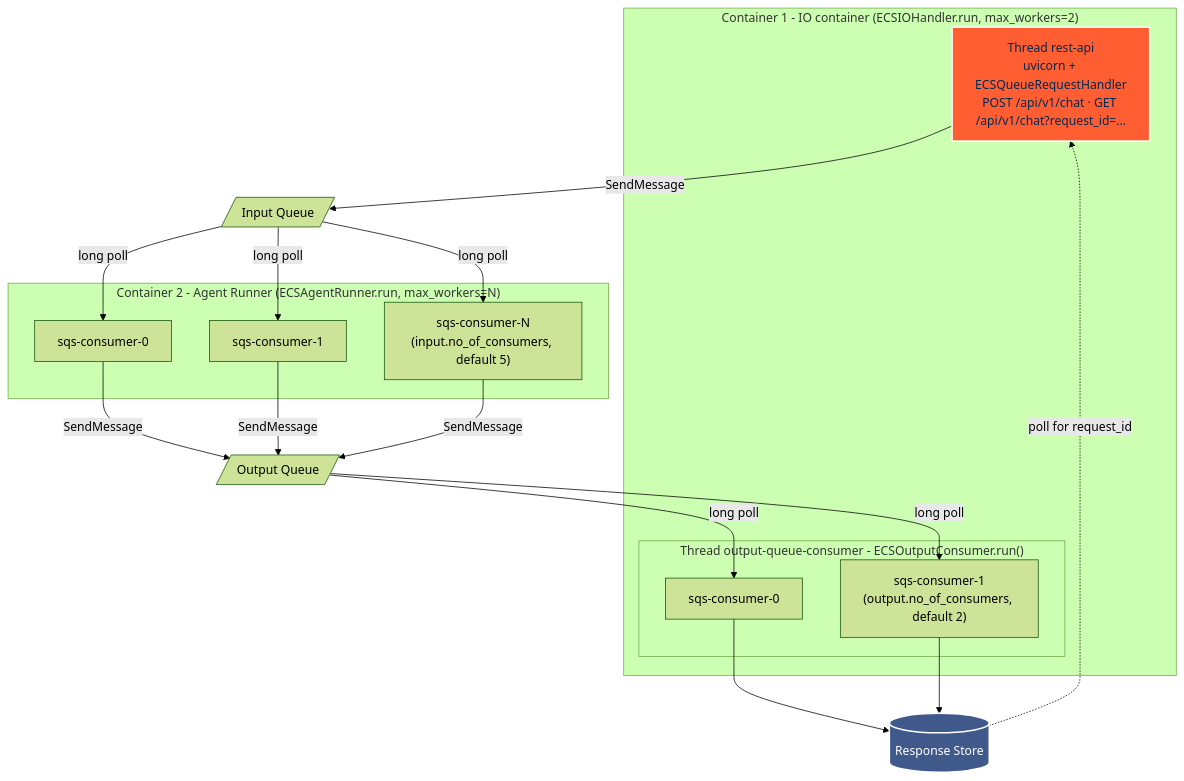
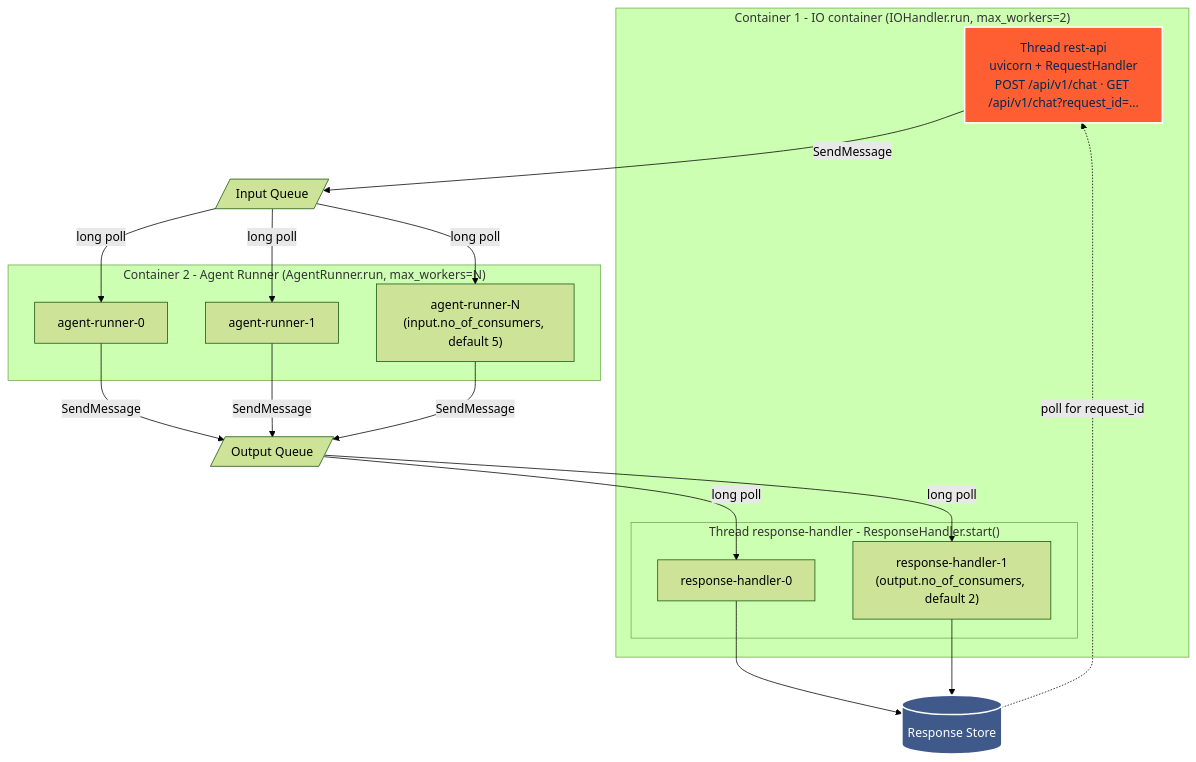
The third of 5 diagrams in docs/docs/deployment/aws-containerized.md (yaalalabs/agent-kernel), drawn with Mermaid (forest theme) before and after one commit. The commit also changed other lines of this file and 69 other files, not shown here.

````diff
--- a/docs/docs/deployment/aws-containerized.md
+++ b/docs/docs/deployment/aws-containerized.md
@@ -127,32 +127,32 @@
 ```mermaid
 graph TB
-    subgraph IO["Container 1 - IO container (ECSIOHandler.run, max_workers=2)"]
-        T1["Thread rest-api<br/>uvicorn + ECSQueueRequestHandler<br/>POST /api/v1/chat · GET /api/v1/chat?request_id=..."]
-        subgraph OC["Thread output-queue-consumer - ECSOutputConsumer.run()"]
-            OC1[sqs-consumer-0]
-            OC2["sqs-consumer-1<br/>(output.no_of_consumers, default 2)"]
+    subgraph IO["Container 1 - IO container (IOHandler.run, max_workers=2)"]
+        T1["Thread rest-api<br/>uvicorn + RequestHandler<br/>POST /api/v1/chat · GET /api/v1/chat?request_id=..."]
+        subgraph OC["Thread response-handler - ResponseHandler.start()"]
+            OC1[response-handler-0]
+            OC2["response-handler-1<br/>(output.no_of_consumers, default 2)"]
         end
     end
 
-    subgraph AR["Container 2 - Agent Runner (ECSAgentRunner.run, max_workers=N)"]
-        AR1[sqs-consumer-0]
-        AR2[sqs-consumer-1]
-        AR3["sqs-consumer-N<br/>(input.no_of_consumers, default 5)"]
+    subgraph AR["Container 2 - Agent Runner (AgentRunner.run, max_workers=N)"]
+        AR1[agent-runner-0]
+        AR2[agent-runner-1]
+        AR3["agent-runner-N<br/>(input.no_of_consumers, default 5)"]
     end
 
     T1 -->|SendMessage| IQ[/Input Queue/]
     IQ -->|long poll| AR1
     IQ -->|long poll| AR2
     IQ -->|long poll| AR3
     AR1 -->|SendMessage| OQ[/Output Queue/]
     AR2 -->|SendMessage| OQ
     AR3 -->|SendMessage| OQ
     OQ -->|long poll| OC1
     OQ -->|long poll| OC2
     OC1 --> RS[(Response Store)]
     OC2 --> RS
     RS -.->|poll for request_id| T1
 
     style T1 fill:#FF5E32,stroke:#fff,stroke-width:2px,color:#02284F
     style RS fill:#3F598A,stroke:#fff,stroke-width:2px,color:#fff
 ```
````
